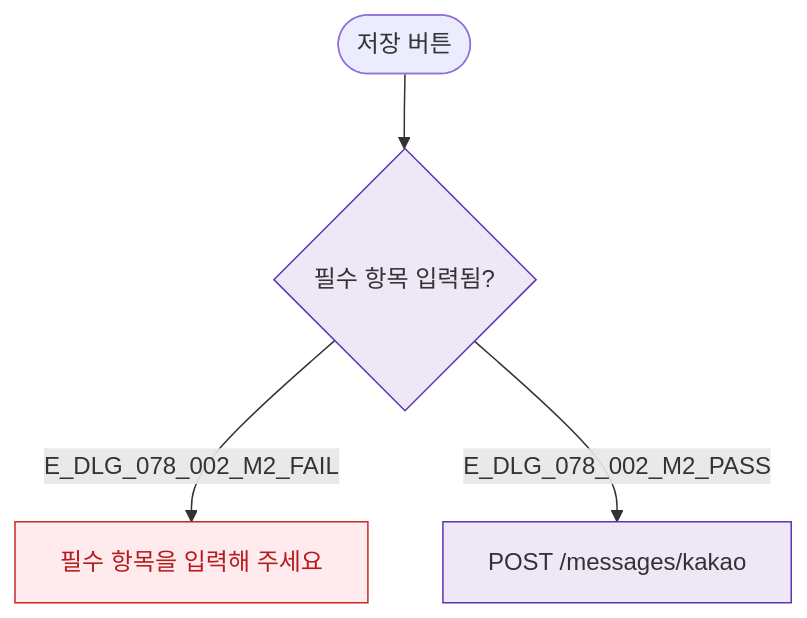
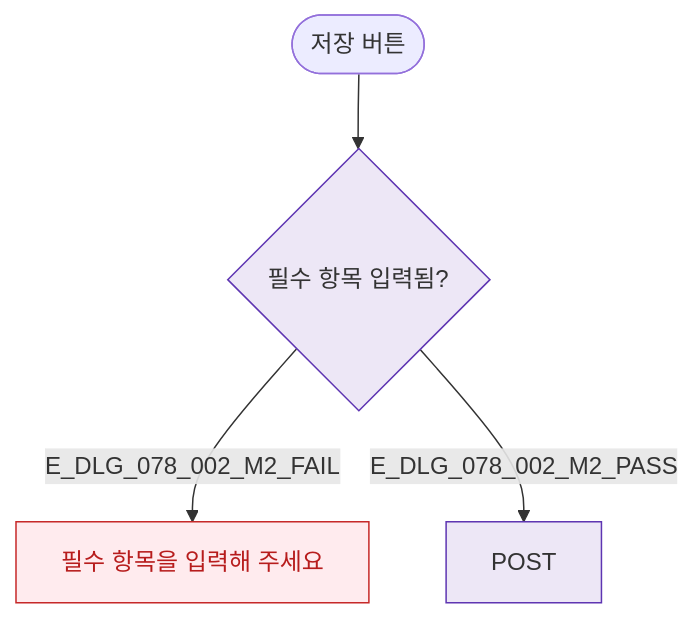
Before and after one commit to dev-spogym/admin-pando: the diagram in docs/다이어그램/D08_마케팅/DLG/DLG-078-002/M2_필드검증.md, drawn with Mermaid. The commit also changed other lines of this file and 1660 other files, not shown here.

First line of the commit message:
다이어그램: 기획자/클라이언트 납품본으로 정리

````diff
--- a/docs/다이어그램/D08_마케팅/DLG/DLG-078-002/M2_필드검증.md
+++ b/docs/다이어그램/D08_마케팅/DLG/DLG-078-002/M2_필드검증.md
@@ -14,12 +12,12 @@
 ```mermaid
 flowchart TD
   SUBMIT([저장 버튼]) --> V_REQ{필수 항목 입력됨?}
-  V_REQ -->|E_DLG_078_002_M2_FAIL| ERR[필수 항목을 입력해 주세요]
-  V_REQ -->|E_DLG_078_002_M2_PASS| API[POST /messages/kakao]
+  V_REQ -->|E_DLG_078_002_M2_FAIL|ERR[필수 항목을 입력해 주세요]
+  V_REQ -->|E_DLG_078_002_M2_PASS|API[POST]
 
-  classDef error  fill:#FFEBEE,stroke:#C62828,color:#B71C1C
+  classDef error fill:#FFEBEE,stroke:#C62828,color:#B71C1C
   classDef system fill:#EDE7F6,stroke:#5E35B2
 
   class ERR error
   class V_REQ,API system
 ```
````
